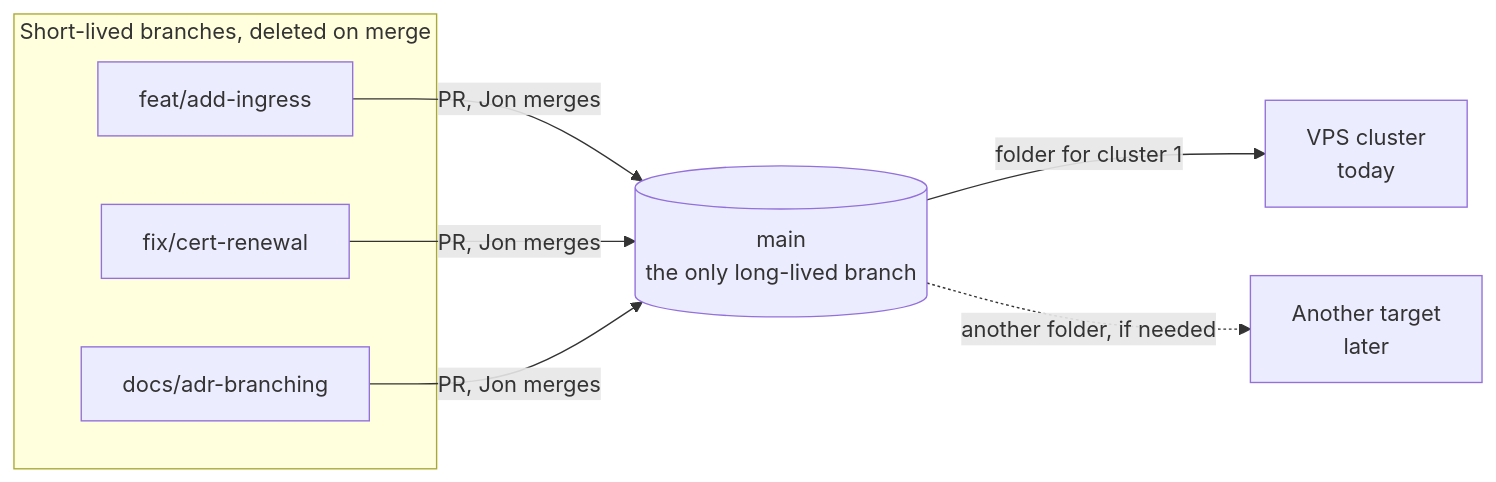
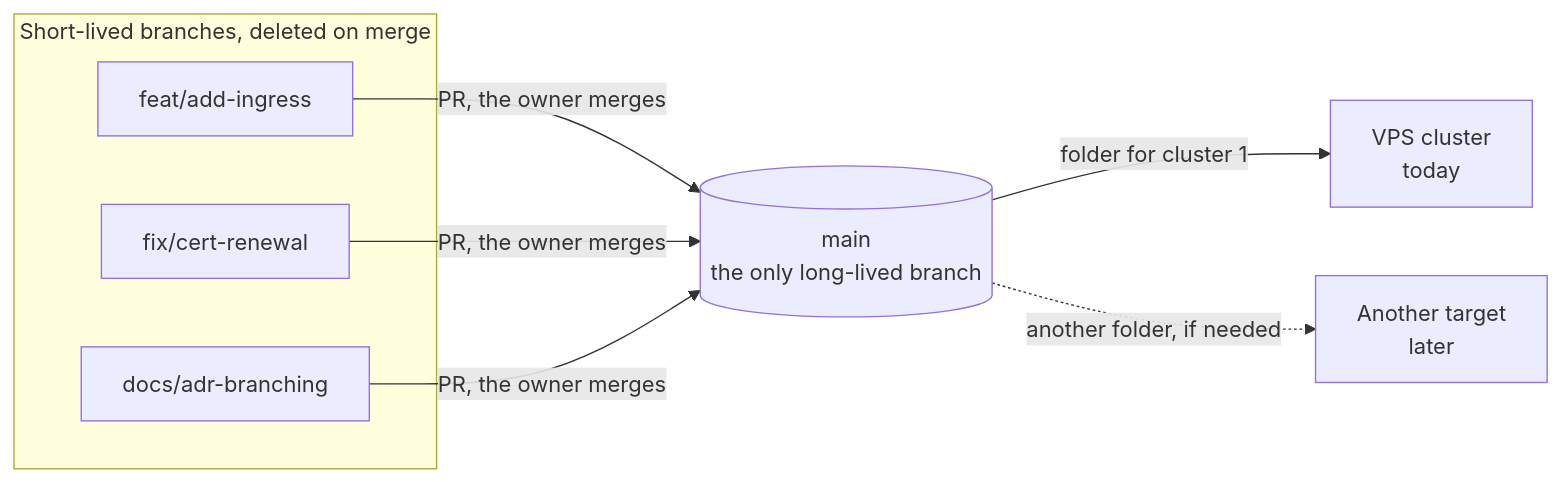
One commit to jonhill90/central-hub changed the diagram in docs/decisions/0002-use-one-main-branch-with-environment-folders.md. Above: the diagram before and after it, drawn with Mermaid. The commit also changed other lines of this file and 16 other files, not shown here.

````diff
--- a/docs/decisions/0002-use-one-main-branch-with-environment-folders.md
+++ b/docs/decisions/0002-use-one-main-branch-with-environment-folders.md
@@ -50,14 +50,14 @@
 ```mermaid
 flowchart LR
   subgraph short["Short-lived branches, deleted on merge"]
     F["feat/add-ingress"]
     X["fix/cert-renewal"]
     D["docs/adr-branching"]
   end
-  F -->|PR, Jon merges| M
-  X -->|PR, Jon merges| M
-  D -->|PR, Jon merges| M
+  F -->|PR, the owner merges| M
+  X -->|PR, the owner merges| M
+  D -->|PR, the owner merges| M
   M[("main<br/>the only long-lived branch")]
   M -->|folder for cluster 1| C1["VPS cluster<br/>today"]
   M -.->|another folder, if needed| C2["Another target<br/>later"]
 ```
````
